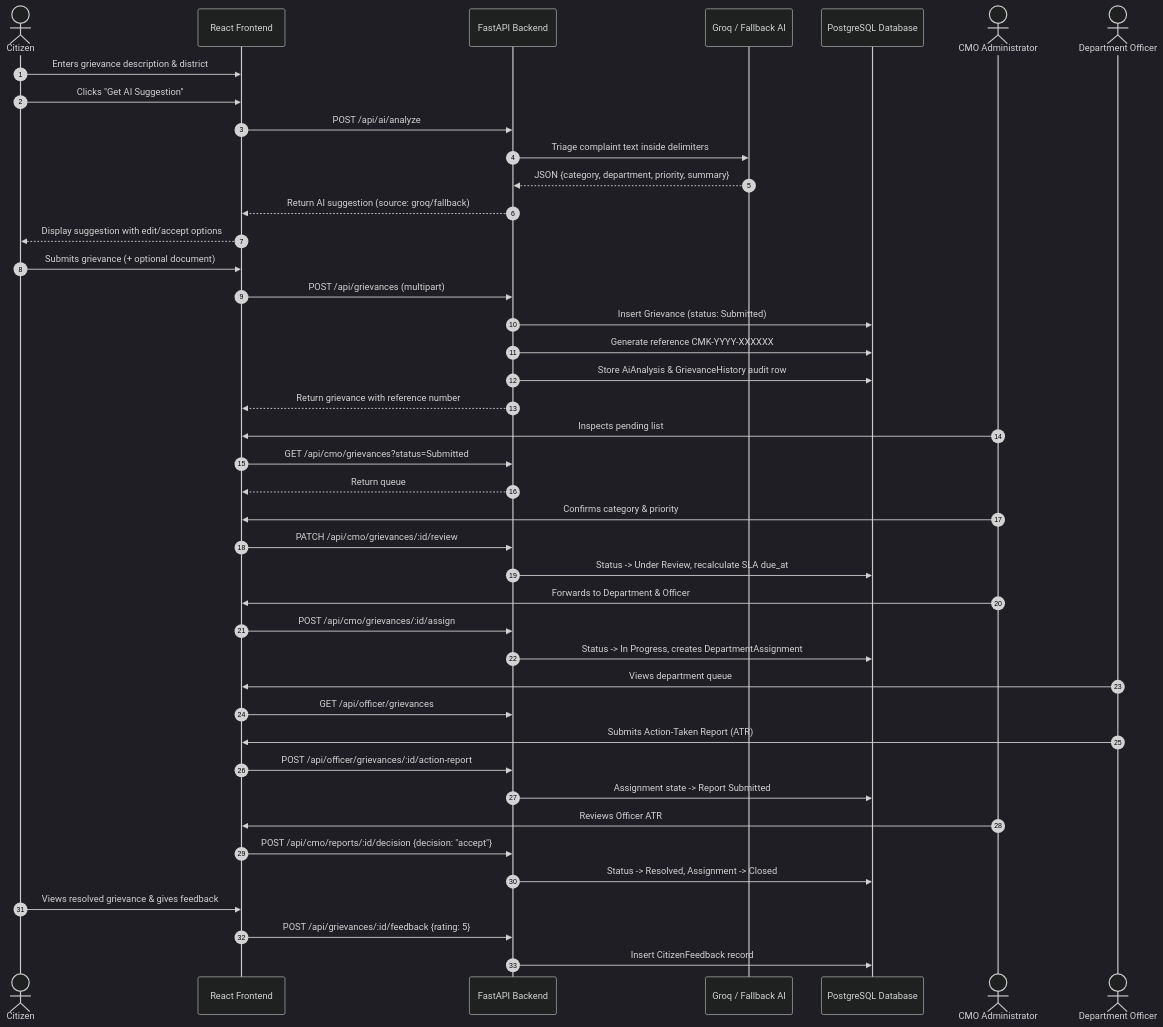
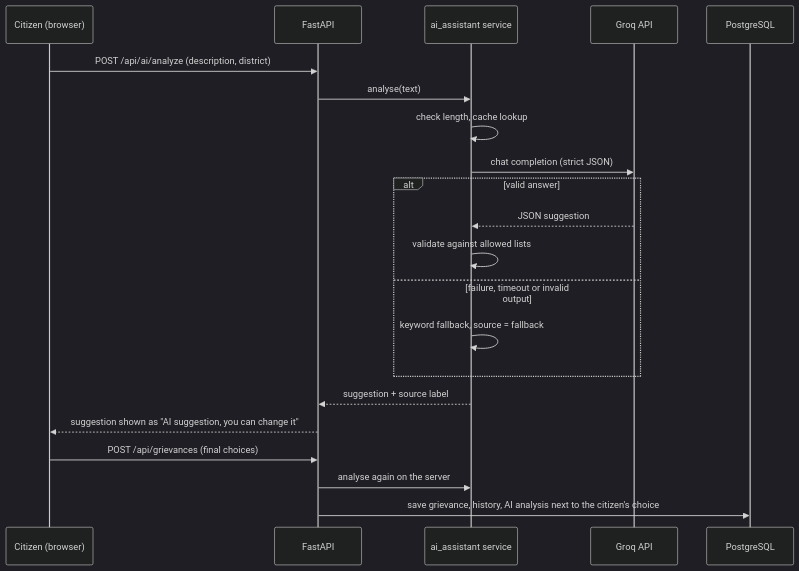
Before and after one commit to HassanCodesIt/public-grievance-portal: the third of 4 diagrams in DOCUMENTATION/02_System_Architecture.md, drawn with Mermaid (dark theme). The commit also changed other lines of this file and 8 other files, not shown here.

Commit message:
docs: update full documentation suite and architecture diagrams

````diff
--- a/DOCUMENTATION/02_System_Architecture.md
+++ b/DOCUMENTATION/02_System_Architecture.md
@@ -89,51 +164,23 @@
 ```mermaid
 sequenceDiagram
-    autonumber
-    actor Citizen
-    participant FE as React Frontend
-    participant API as FastAPI Backend
-    participant AI as Groq / Fallback AI
-    participant DB as PostgreSQL Database
-    actor CMO as CMO Administrator
-    actor Officer as Department Officer
-
-    Citizen->>FE: Enters grievance description & district
-    Citizen->>FE: Clicks "Get AI Suggestion"
-    FE->>API: POST /api/ai/analyze
-    API->>AI: Triage complaint text inside delimiters
-    AI-->>API: JSON {category, department, priority, summary}
-    API-->>FE: Return AI suggestion (source: groq/fallback)
-    FE-->>Citizen: Display suggestion with edit/accept options
-
-    Citizen->>FE: Submits grievance (+ optional document)
-    FE->>API: POST /api/grievances (multipart)
-    API->>DB: Insert Grievance (status: Submitted)
-    API->>DB: Generate reference CMK-YYYY-XXXXXX
-    API->>DB: Store AiAnalysis & GrievanceHistory audit row
-    API-->>FE: Return grievance with reference number
-
-    CMO->>FE: Inspects pending list
-    FE->>API: GET /api/cmo/grievances?status=Submitted
-    API-->>FE: Return queue
-    CMO->>FE: Confirms category & priority
-    FE->>API: PATCH /api/cmo/grievances/:id/review
-    API->>DB: Status -> Under Review, recalculate SLA due_at
-
-    CMO->>FE: Forwards to Department & Officer
-    FE->>API: POST /api/cmo/grievances/:id/assign
-    API->>DB: Status -> In Progress, creates DepartmentAssignment
-
-    Officer->>FE: Views department queue
-    FE->>API: GET /api/officer/grievances
-    Officer->>FE: Submits Action-Taken Report (ATR)
-    FE->>API: POST /api/officer/grievances/:id/action-report
-    API->>DB: Assignment state -> Report Submitted
-
-    CMO->>FE: Reviews Officer ATR
-    FE->>API: POST /api/cmo/reports/:id/decision {decision: "accept"}
-    API->>DB: Status -> Resolved, Assignment -> Closed
-
-    Citizen->>FE: Views resolved grievance & gives feedback
-    FE->>API: POST /api/grievances/:id/feedback {rating: 5}
-    API->>DB: Insert CitizenFeedback record
+  participant Cz as Citizen (browser)
+  participant API as FastAPI
+  participant AI as ai_assistant service
+  participant G as Groq API
+  participant DB as PostgreSQL
+  Cz->>API: POST /api/ai/analyze (description, district)
+  API->>AI: analyse(text)
+  AI->>AI: check length, cache lookup
+  AI->>G: chat completion (strict JSON)
+  alt valid answer
+    G-->>AI: JSON suggestion
+    AI->>AI: validate against allowed lists
+  else failure, timeout or invalid output
+    AI->>AI: keyword fallback, source = fallback
+  end
+  AI-->>API: suggestion + source label
+  API-->>Cz: suggestion shown as "AI suggestion, you can change it"
+  Cz->>API: POST /api/grievances (final choices)
+  API->>AI: analyse again on the server
+  API->>DB: save grievance, history, AI analysis next to the citizen's choice
 ```
````
